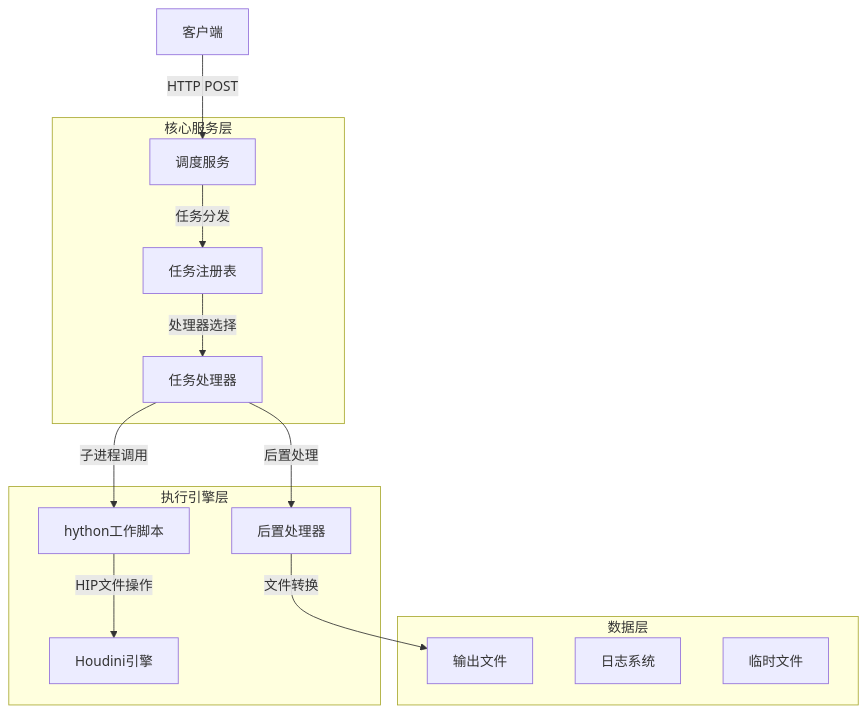
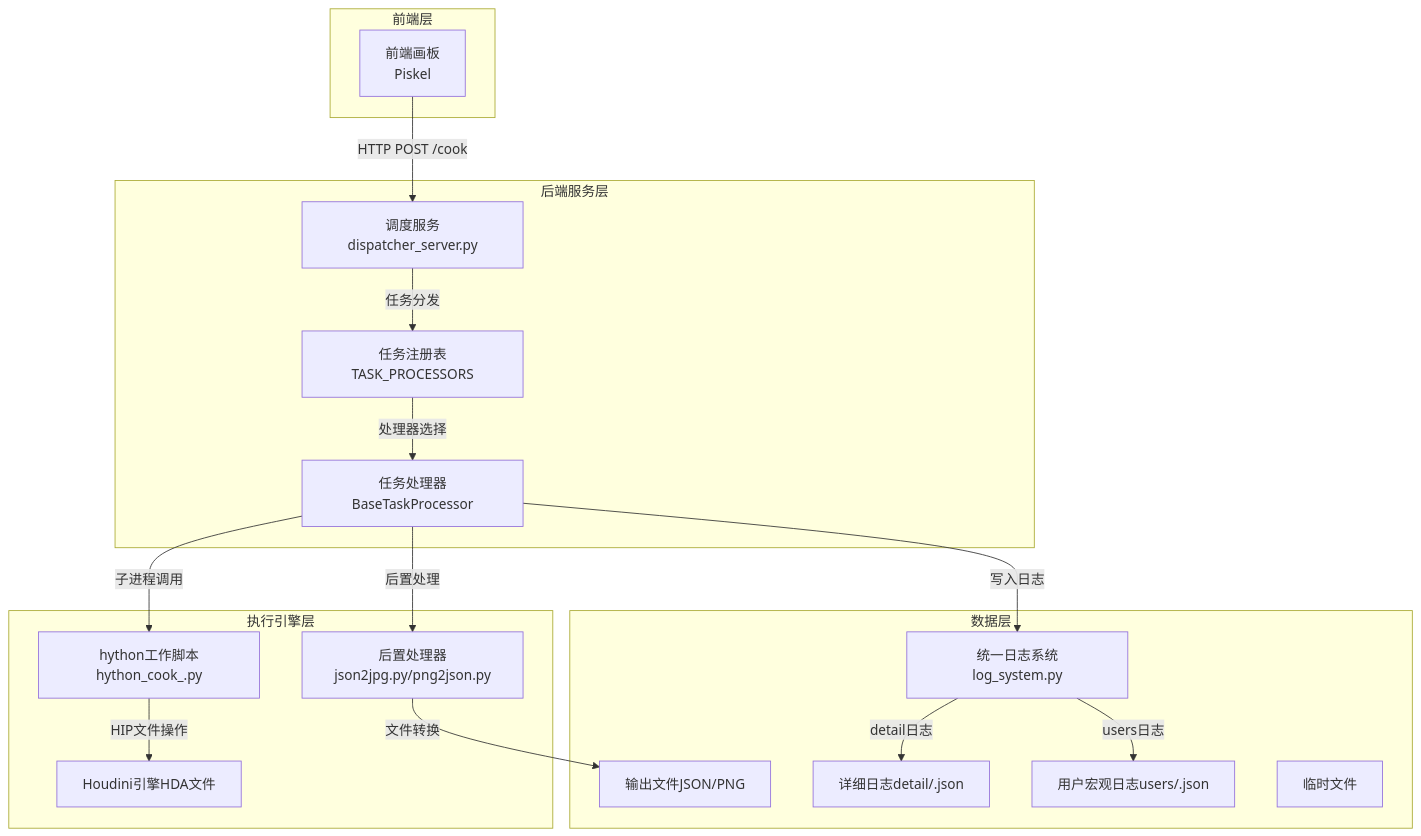
The first of 8 diagrams in Houdini后端服务架构笔记.md (NTOM/piskel2Houdini), drawn with Mermaid before and after one commit. The commit also changed other lines of this file and 9 other files, not shown here.

````diff
--- a/Houdini后端服务架构笔记.md
+++ b/Houdini后端服务架构笔记.md
@@ -31,28 +31,38 @@
 ```mermaid
 graph TB
-    Client[客户端] --> |HTTP POST| Dispatcher[调度服务]
-    Dispatcher --> |任务分发| TaskRegistry[任务注册表]
-    TaskRegistry --> |处理器选择| Processor[任务处理器]
-    Processor --> |子进程调用| HythonWorker[hython工作脚本]
-    HythonWorker --> |HIP文件操作| Houdini[Houdini引擎]
-    Processor --> |后置处理| PostProcessor[后置处理器]
-    PostProcessor --> |文件转换| Output[输出文件]
-    
-    subgraph "核心服务层"
+    Client[前端画板\nPiskel] -->|HTTP POST /cook| Dispatcher[调度服务dispatcher_server.py]
+    Dispatcher -->|任务分发| TaskRegistry[任务注册表TASK_PROCESSORS]
+    TaskRegistry -->|处理器选择| Processor[任务处理器BaseTaskProcessor]
+    Processor -->|子进程调用| HythonWorker[hython工作脚本hython_cook_.py]
+    HythonWorker -->|HIP文件操作| Houdini[Houdini引擎HDA文件]
+    Processor -->|后置处理| PostProcessor[后置处理器json2jpg.py/png2json.py]
+    PostProcessor -->|文件转换| Output[输出文件JSON/PNG]
+
+    Processor -->|写入日志| LogSystem[统一日志系统log_system.py]
+    LogSystem -->|detail日志| DetailLog[详细日志detail/<uuid>.json]
+    LogSystem -->|users日志| UsersLog[用户宏观日志users/<user_id>.json]
+
+    subgraph 前端层
+        Client
+    end
+
+    subgraph 后端服务层
         Dispatcher
         TaskRegistry
         Processor
     end
-    
-    subgraph "执行引擎层"
+
+    subgraph 执行引擎层
         HythonWorker
         Houdini
         PostProcessor
     end
-    
-    subgraph "数据层"
-        LogSystem[日志系统]
+
+    subgraph 数据层
+        LogSystem
         TempFiles[临时文件]
         Output
+        DetailLog
+        UsersLog
     end
 ```
````
